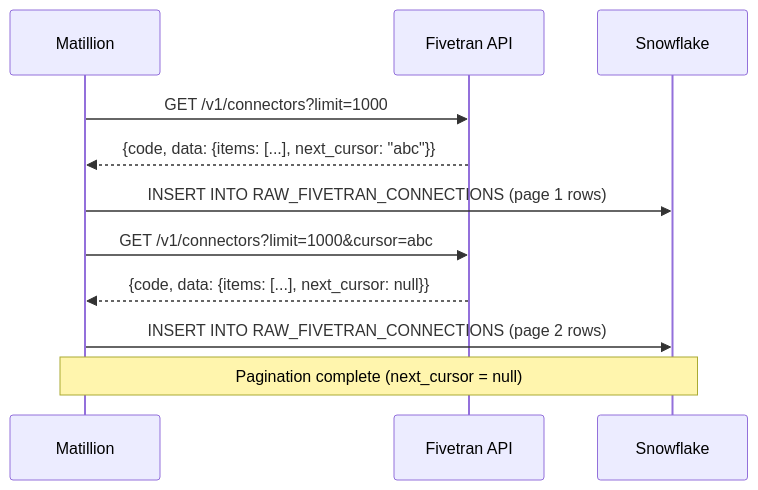
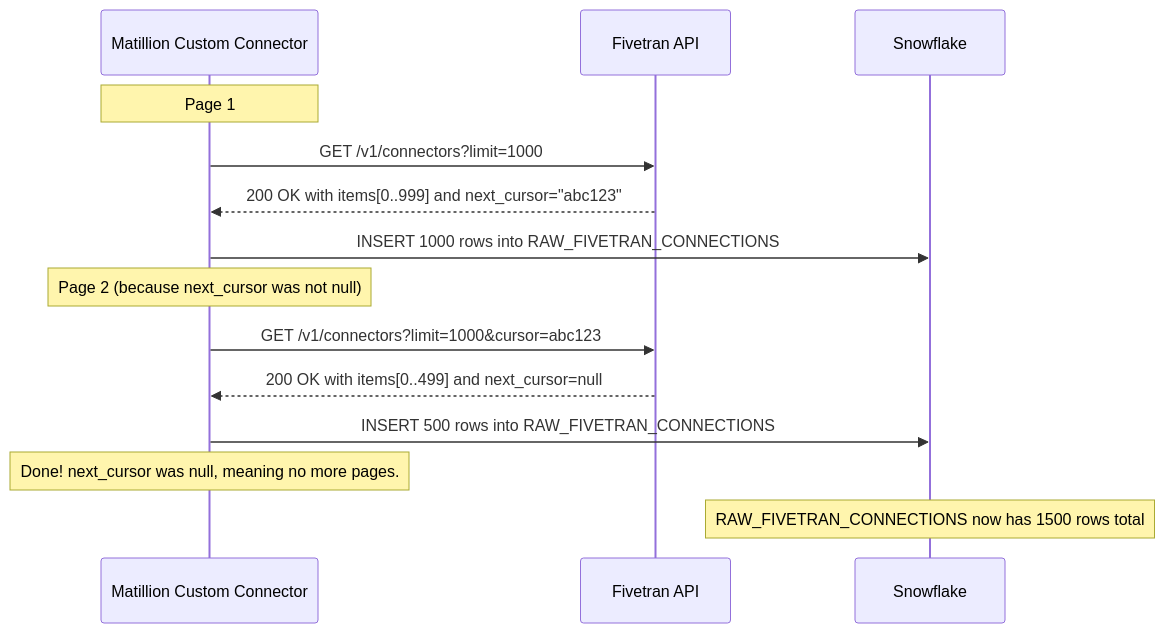
One commit to AvinashAnalytics/matillion-fivetran-tls-auto-fix changed the ninth of 13 diagrams in README.md. Above: the diagram before and after it, drawn with Mermaid. The commit also changed other lines of this file, not shown here.

````diff
--- a/README.md
+++ b/README.md
@@ -653,16 +1149,19 @@
 ```mermaid
 sequenceDiagram
-    participant M as Matillion
+    participant M as Matillion Custom Connector
     participant F as Fivetran API
     participant S as Snowflake
 
+    Note over M: Page 1
     M->>F: GET /v1/connectors?limit=1000
-    F-->>M: {code, data: {items: [...], next_cursor: "abc"}}
-    M->>S: INSERT INTO RAW_FIVETRAN_CONNECTIONS (page 1 rows)
+    F-->>M: 200 OK with items[0..999] and next_cursor="abc123"
+    M->>S: INSERT 1000 rows into RAW_FIVETRAN_CONNECTIONS
 
-    M->>F: GET /v1/connectors?limit=1000&cursor=abc
-    F-->>M: {code, data: {items: [...], next_cursor: null}}
-    M->>S: INSERT INTO RAW_FIVETRAN_CONNECTIONS (page 2 rows)
+    Note over M: Page 2 (because next_cursor was not null)
+    M->>F: GET /v1/connectors?limit=1000&cursor=abc123
+    F-->>M: 200 OK with items[0..499] and next_cursor=null
+    M->>S: INSERT 500 rows into RAW_FIVETRAN_CONNECTIONS
 
-    Note over M,S: Pagination complete (next_cursor = null)
+    Note over M: Done! next_cursor was null, meaning no more pages.
+    Note over S: RAW_FIVETRAN_CONNECTIONS now has 1500 rows total
 ```
````
